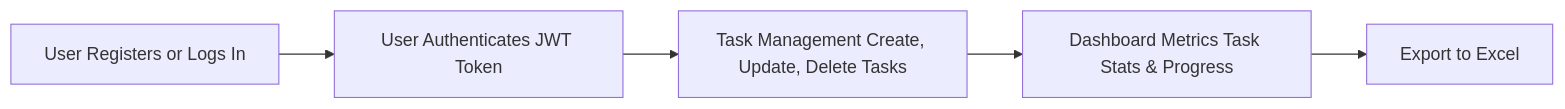
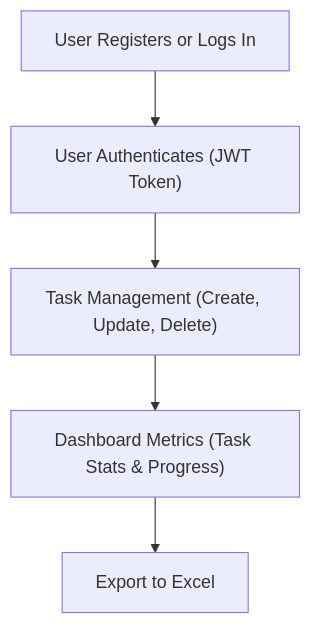
One commit to AboEl3iz/task-manager changed the diagram in README.md. Above: the diagram before and after it, drawn with Mermaid. The commit also changed other lines of this file, not shown here.

````diff
--- a/README.md
+++ b/README.md
@@ -101,8 +106,12 @@
 ```mermaid
-flowchart LR
-    A[User Registers or Logs In] --> B[User Authenticates JWT Token]
-    B --> C[Task Management Create, Update, Delete Tasks]
-    C --> D[Dashboard Metrics Task Stats & Progress]
-    D --> E[Export to Excel]
+flowchart TD
+    A["User Registers or Logs In"]
+    B["User Authenticates (JWT Token)"]
+    C["Task Management (Create, Update, Delete)"]
+    D["Dashboard Metrics (Task Stats & Progress)"]
+    E["Export to Excel"]
+
+    A --> B --> C --> D --> E
+
 
 ```
````
